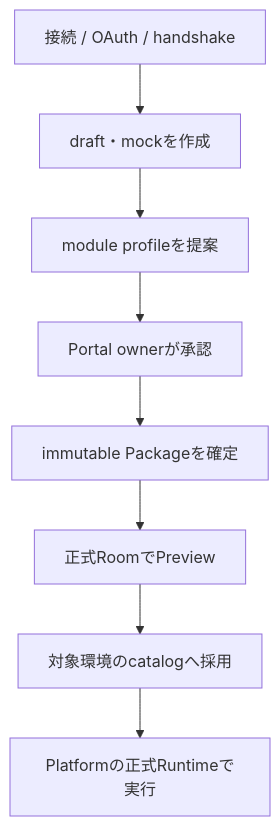
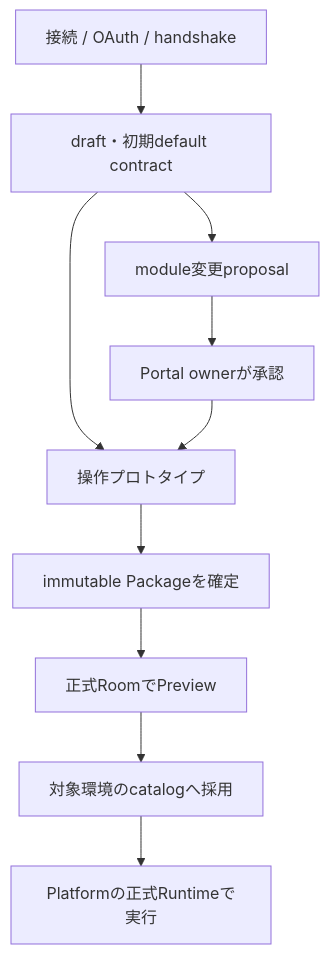
Before and after one commit to koromo2010/app-games: the third of 3 diagrams in docs/SYSTEM_MAP.md, drawn with Mermaid. The commit also changed other lines of this file and 37 other files, not shown here.

Commit message:
Fix initial SDK module contract gate

````diff
--- a/docs/SYSTEM_MAP.md
+++ b/docs/SYSTEM_MAP.md
@@ -79,10 +79,12 @@
 ```mermaid
 flowchart TD
-  Connect["接続 / OAuth / handshake"] --> Draft["draft・mockを作成"]
-  Draft --> Proposal["module profileを提案"]
+  Connect["接続 / OAuth / handshake"] --> Draft["draft・初期default contract"]
+  Draft --> Prototype["操作プロトタイプ"]
+  Draft --> Proposal["module変更proposal"]
   Proposal --> Approval["Portal ownerが承認"]
-  Approval --> Package["immutable Packageを確定"]
+  Approval --> Prototype
+  Prototype --> Package["immutable Packageを確定"]
   Package --> Preview["正式RoomでPreview"]
   Preview --> Adoption["対象環境のcatalogへ採用"]
   Adoption --> Runtime["Platformの正式Runtimeで実行"]
 ```
````
